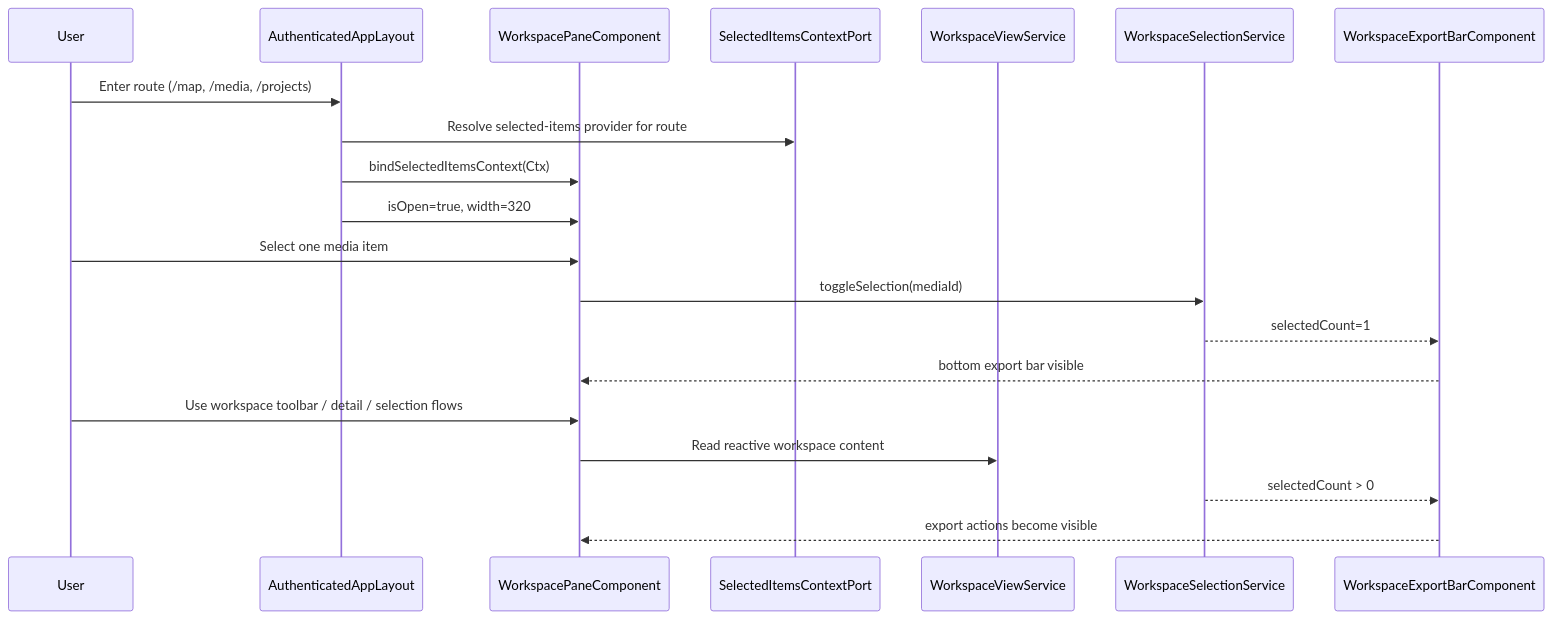
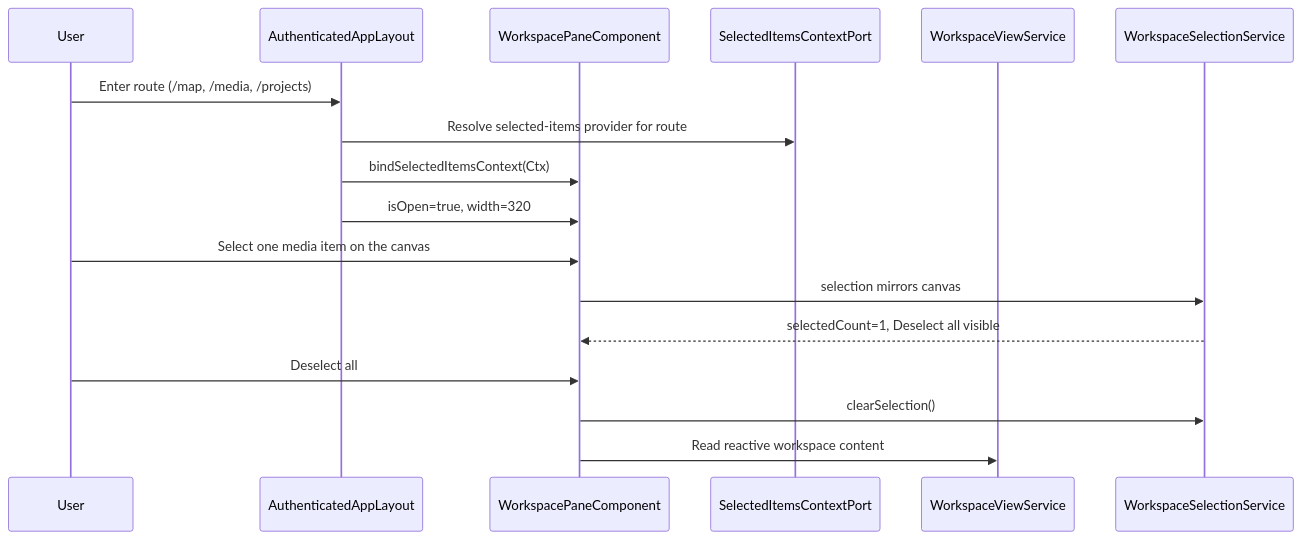
The fourth of 5 diagrams in docs/specs/ui/workspace/workspace-pane.md (matkleve/feldpost), drawn with Mermaid before and after one commit. The commit also changed other lines of this file and 25 other files, not shown here.

First line of the commit message:
feat: replace the selection footer with a quiet deselect control

````diff
--- a/docs/specs/ui/workspace/workspace-pane.md
+++ b/docs/specs/ui/workspace/workspace-pane.md
@@ -317,23 +315,20 @@
 ```mermaid
 sequenceDiagram
   participant User
   participant Shell as AuthenticatedAppLayout
   participant Pane as WorkspacePaneComponent
   participant Ctx as SelectedItemsContextPort
   participant View as WorkspaceViewService
   participant Sel as WorkspaceSelectionService
-  participant Export as WorkspaceExportBarComponent
 
   User->>Shell: Enter route (/map, /media, /projects)
   Shell->>Ctx: Resolve selected-items provider for route
   Shell->>Pane: bindSelectedItemsContext(Ctx)
   Shell->>Pane: isOpen=true, width=320
-  User->>Pane: Select one media item
-  Pane->>Sel: toggleSelection(mediaId)
-  Sel-->>Export: selectedCount=1
-  Export-->>Pane: bottom export bar visible
-  User->>Pane: Use workspace toolbar / detail / selection flows
+  User->>Pane: Select one media item on the canvas
+  Pane->>Sel: selection mirrors canvas
+  Sel-->>Pane: selectedCount=1, Deselect all visible
+  User->>Pane: Deselect all
+  Pane->>Sel: clearSelection()
   Pane->>View: Read reactive workspace content
-  Sel-->>Export: selectedCount > 0
-  Export-->>Pane: export actions become visible
 ```
````
